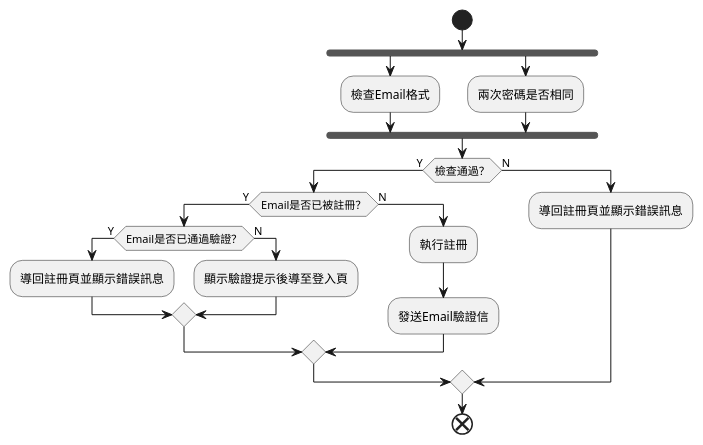
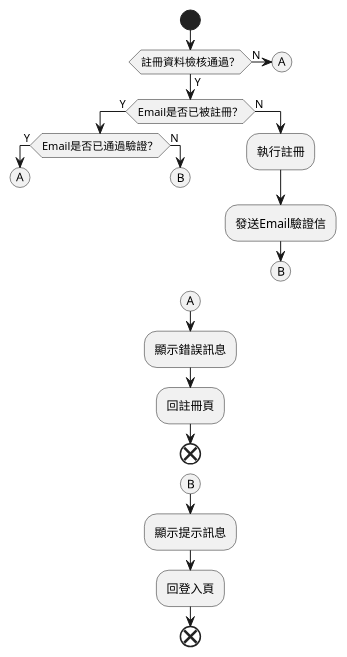
One commit to CH0817/my-practices changed the diagram in src/main/resources/uml/register.puml. Above: the diagram before and after it, drawn with PlantUML. The commit also changed 15 other files, not shown here.

```diff
--- a/src/main/resources/uml/register.puml
+++ b/src/main/resources/uml/register.puml
@@ -1,23 +1,29 @@
 @startuml
 start
-    fork
-        :檢查Email格式;
-    fork again
-        :兩次密碼是否相同;
-    end fork
-    if(檢查通過？) then (Y)
+    if(註冊資料檢核通過？) then (Y)
         if(Email是否已被註冊？) then (Y)
             if(Email是否已通過驗證？) then (Y)
-                :導回註冊頁並顯示錯誤訊息;
+                (A)
+                detach
             else (N)
-                :顯示驗證提示後導至登入頁;
+                (B)
+                detach
             endif
         else (N)
             :執行註冊;
             :發送Email驗證信;
+            (B)
+            detach
         endif;
     else (N)
-        :導回註冊頁並顯示錯誤訊息;
+        (A)
     endif
+(A)
+:顯示錯誤訊息;
+:回註冊頁;
+end
+(B)
+:顯示提示訊息;
+:回登入頁;
 end
 @enduml
```
